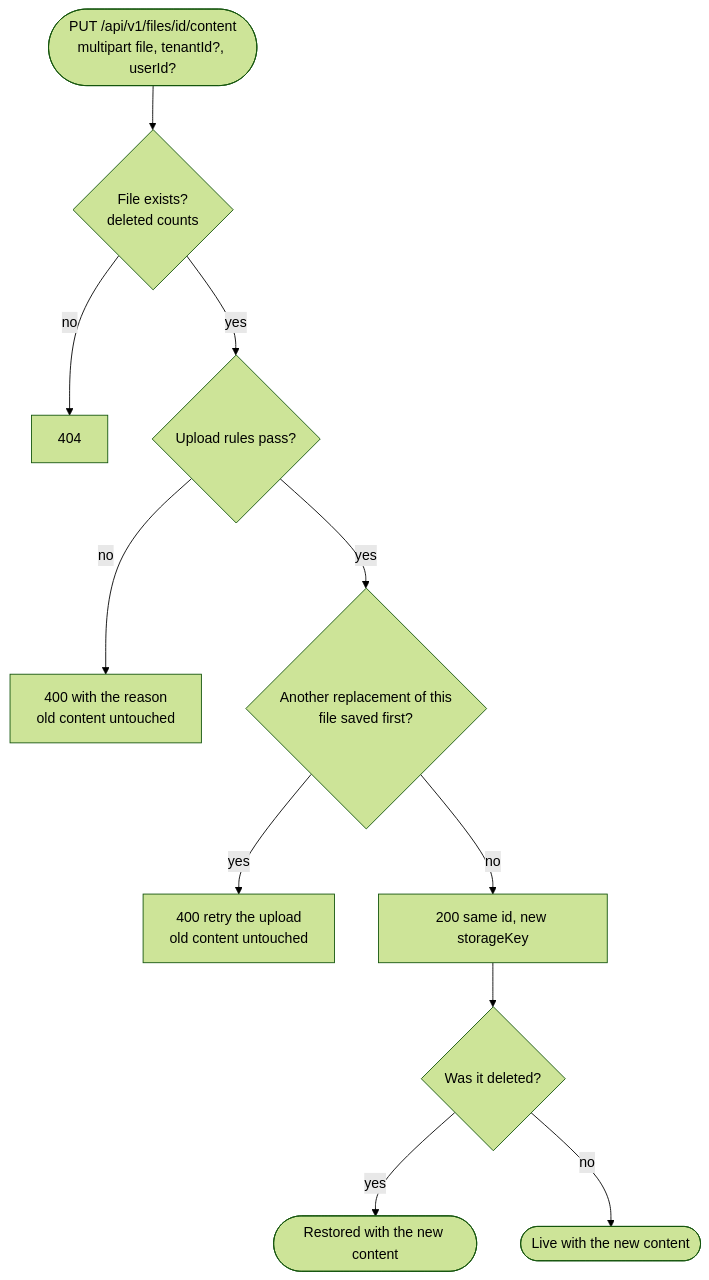
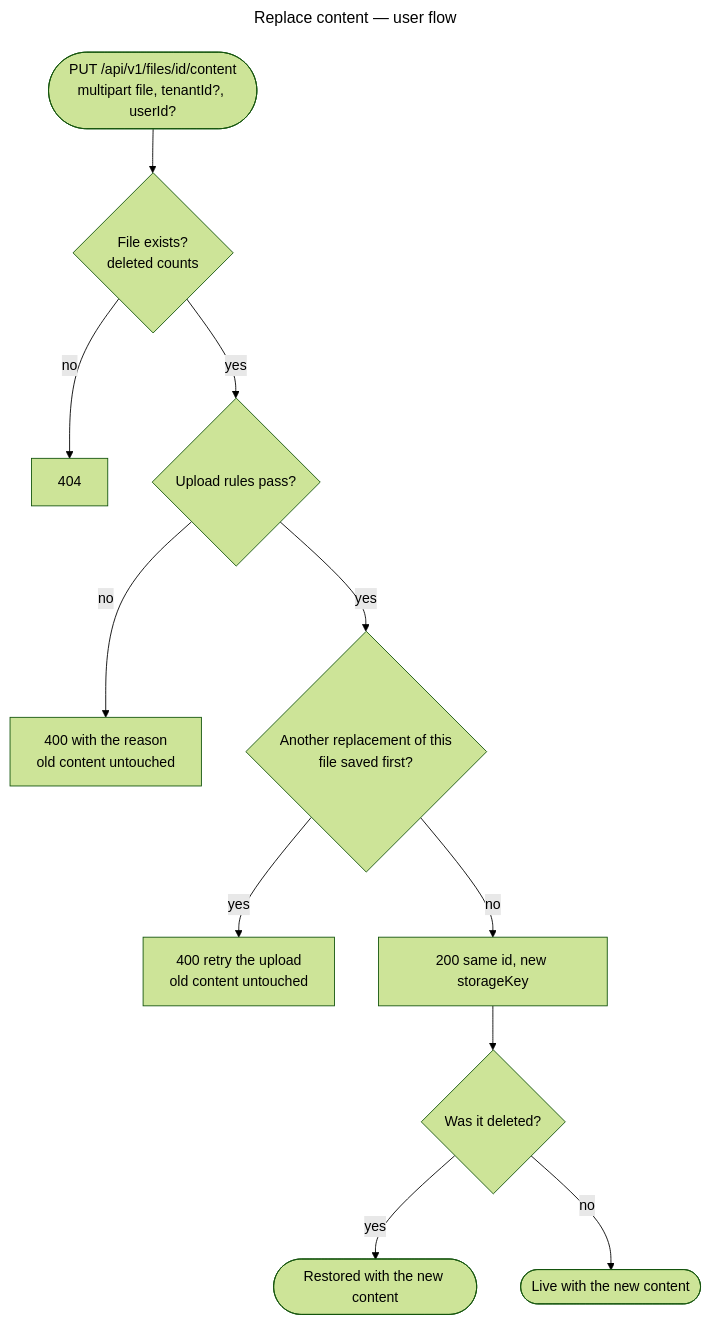
The seventh of 11 diagrams in docs/user-flows.md (gmetskhvarishvili/GM.FileStorage.Samples), drawn with Mermaid (forest theme) before and after one commit. The commit also changed other lines of this file and 7 other files, not shown here.

First line of the commit message:
docs: name every diagram "subject — kind" and index them

````diff
--- a/docs/user-flows.md
+++ b/docs/user-flows.md
@@ -115,13 +136,16 @@
 ```mermaid
+---
+title: Replace content — user flow
+---
 flowchart TD
     start([PUT /api/v1/files/id/content<br/>multipart file, tenantId?, userId?]) --> exists{File exists?<br/>deleted counts}
     exists -- no --> f404[404]
     exists -- yes --> rules{Upload rules pass?}
     rules -- no --> r400[400 with the reason<br/>old content untouched]
     rules -- yes --> race{Another replacement of this<br/>file saved first?}
     race -- yes --> c400[400 retry the upload<br/>old content untouched]
     race -- no --> ok[200 same id, new storageKey]
     ok --> was{Was it deleted?}
     was -- yes --> restored([Restored with the new content])
     was -- no --> live([Live with the new content])
 ```
````
